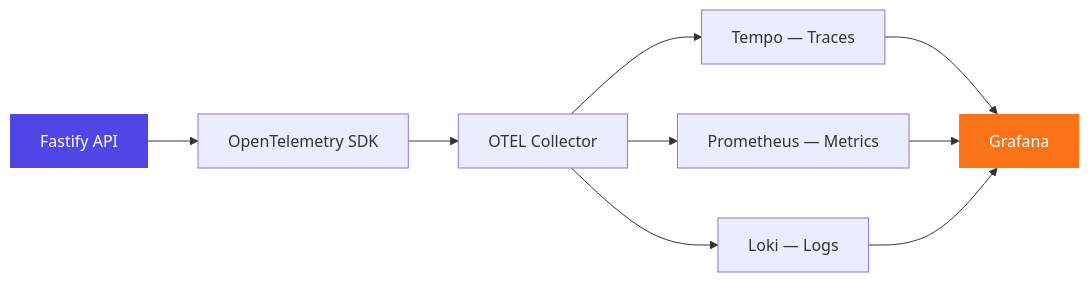
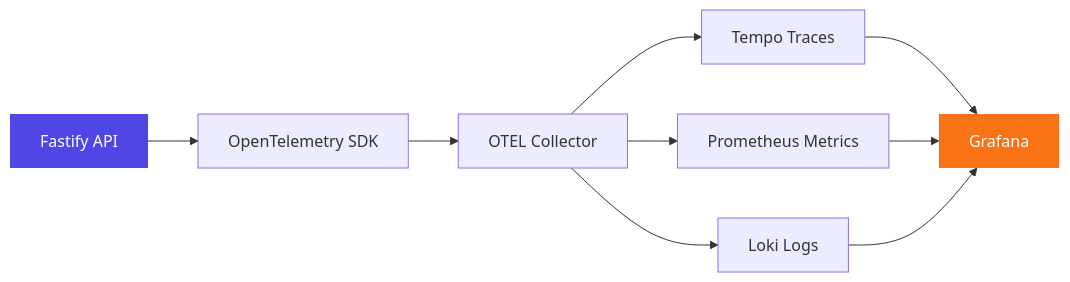
The third of 3 diagrams in apps/docs/docs/architecture/overview.md (vishalm/surrogate-os), drawn with Mermaid before and after one commit. The commit also changed other lines of this file and 28 other files, not shown here.

````diff
--- a/apps/docs/docs/architecture/overview.md
+++ b/apps/docs/docs/architecture/overview.md
@@ -132,14 +132,14 @@
 ```mermaid
 graph LR
     App["Fastify API"] --> SDK["OpenTelemetry SDK"]
     SDK --> OTEL["OTEL Collector"]
-    OTEL --> Tempo["Tempo — Traces"]
-    OTEL --> Prom["Prometheus — Metrics"]
-    OTEL --> Loki["Loki — Logs"]
+    OTEL --> Tempo["Tempo Traces"]
+    OTEL --> Prom["Prometheus Metrics"]
+    OTEL --> Loki["Loki Logs"]
     Tempo --> Grafana["Grafana"]
     Prom --> Grafana
     Loki --> Grafana
 
     style App fill:#4f46e5,color:#fff,stroke:none
     style Grafana fill:#f97316,color:#fff,stroke:none
 ```
````
